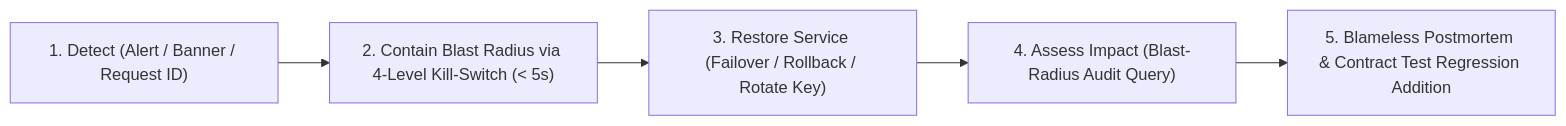
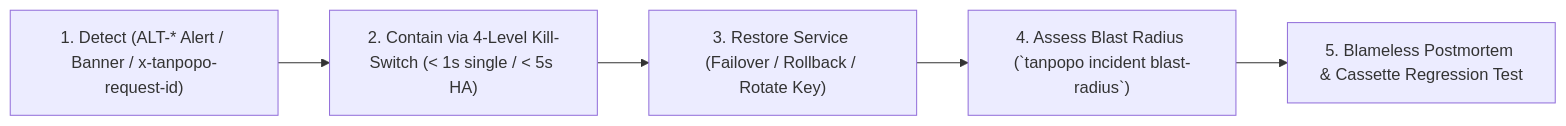
One commit to nguywnben/tanpopo changed the diagram in docs/operations/monitoring-incidents.md. Above: the diagram before and after it, drawn with Mermaid. The commit also changed other lines of this file and 70 other files, not shown here.

````diff
--- a/docs/operations/monitoring-incidents.md
+++ b/docs/operations/monitoring-incidents.md
@@ -42,7 +41,7 @@
 ```mermaid
 flowchart LR
-    D1["1. Detect (Alert / Banner / Request ID)"] --> D2["2. Contain Blast Radius via 4-Level Kill-Switch (< 5s)"]
+    D1["1. Detect (ALT-* Alert / Banner / x-tanpopo-request-id)"] --> D2["2. Contain via 4-Level Kill-Switch (< 1s single / < 5s HA)"]
     D2 --> D3["3. Restore Service (Failover / Rollback / Rotate Key)"]
-    D3 --> D4["4. Assess Impact (Blast-Radius Audit Query)"]
-    D4 --> D5["5. Blameless Postmortem & Contract Test Regression Addition"]
+    D3 --> D4["4. Assess Blast Radius (`tanpopo incident blast-radius`)"]
+    D4 --> D5["5. Blameless Postmortem & Cassette Regression Test"]
 ```
````
